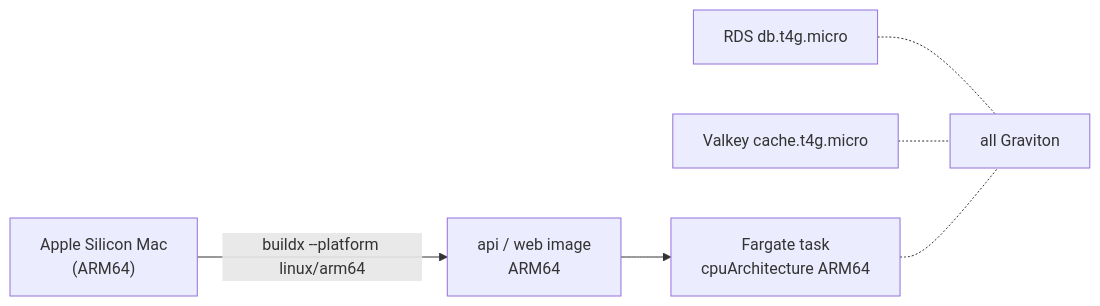
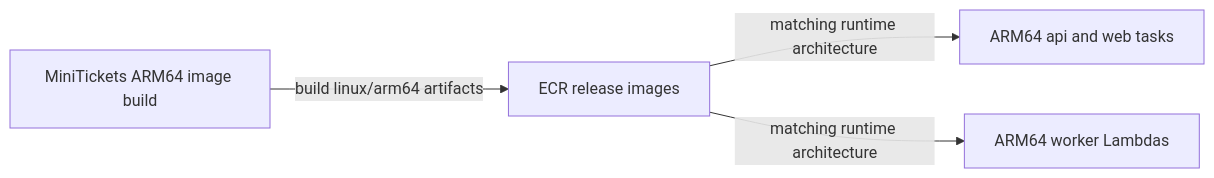
The diagram in docs/handbook/concepts/arm64-graviton.md (maheshnd/minitickets), drawn with Mermaid before and after one commit. The commit also changed other lines of this file and 119 other files, not shown here.

````diff
--- a/docs/handbook/concepts/arm64-graviton.md
+++ b/docs/handbook/concepts/arm64-graviton.md
@@ -19,8 +18,6 @@
 ```mermaid
 flowchart LR
-    mac["Apple Silicon Mac<br/>(ARM64)"] -->|"buildx --platform linux/arm64"| img["api / web image<br/>ARM64"]
-    img --> task["Fargate task<br/>cpuArchitecture ARM64"]
-    rds["RDS db.t4g.micro"] -.- g["all Graviton"]
-    vk["Valkey cache.t4g.micro"] -.- g
-    task -.- g
+    build["MiniTickets ARM64 image build"] -->|"build linux/arm64 artifacts"| ecr["ECR release images"]
+    ecr -->|"matching runtime architecture"| ecs["ARM64 api and web tasks"]
+    ecr -->|"matching runtime architecture"| lambda["ARM64 worker Lambdas"]
 ```
````
